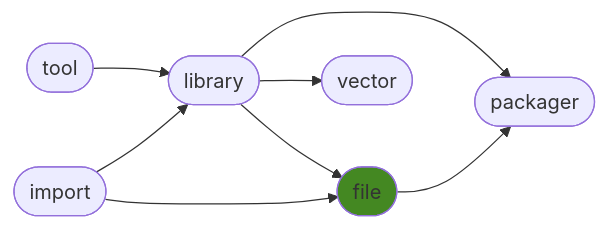
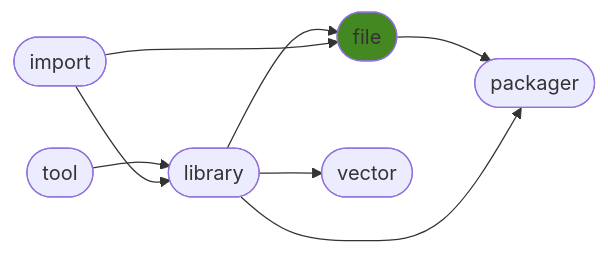
One commit to ManderaGeneral/generalfile changed the diagram in README.md. Above: the diagram before and after it, drawn with Mermaid. The commit also changed other lines of this file, not shown here.

````diff
--- a/README.md
+++ b/README.md
@@ -24,17 +24,17 @@
 ```mermaid
 flowchart LR
-2([library]) --> 5([packager])
 3([file]) --> 5([packager])
 1([tool]) --> 2([library])
 0([import]) --> 2([library])
+2([library]) --> 5([packager])
+2([library]) --> 3([file])
 0([import]) --> 3([file])
 2([library]) --> 4([vector])
-2([library]) --> 3([file])
 click 0 "https://github.com/ManderaGeneral/generalimport"
 click 1 "https://github.com/ManderaGeneral/generaltool"
 click 2 "https://github.com/ManderaGeneral/generallibrary"
 click 3 "https://github.com/ManderaGeneral/generalfile"
 click 4 "https://github.com/ManderaGeneral/generalvector"
 click 5 "https://github.com/ManderaGeneral/generalpackager"
 style 3 fill:#482
 ```
````
